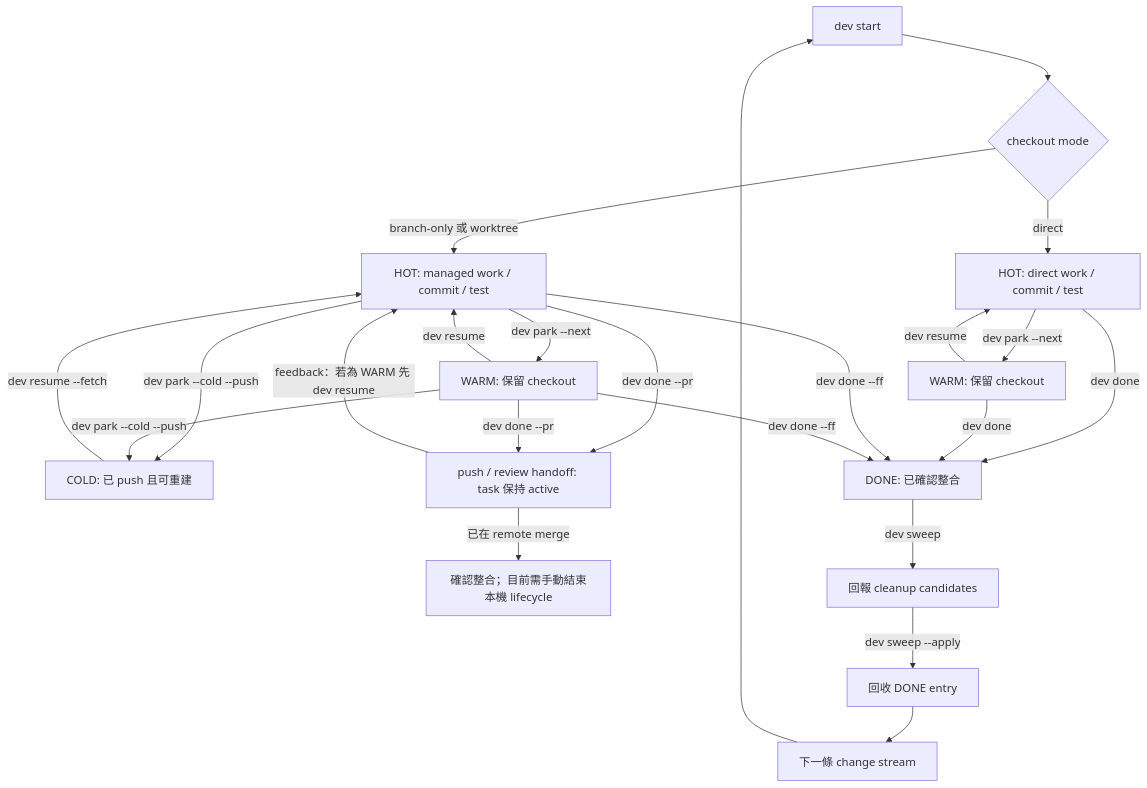
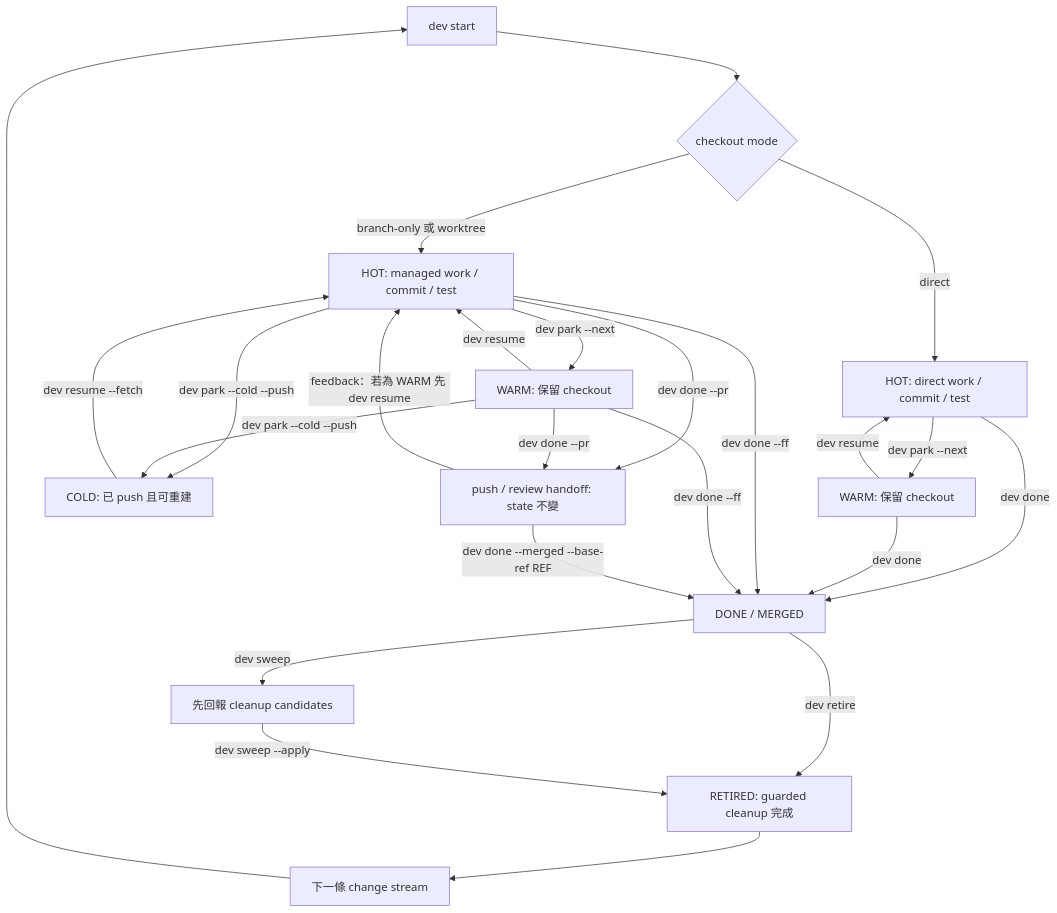
Before and after one commit to daviddwlee84/dev-cli: the diagram in docs/guides/change-stream-workflow.zh-TW.md, drawn with Mermaid. The commit also changed other lines of this file and 120 other files, not shown here.

Commit message:
feat: add guarded repository lifecycle flow

````diff
--- a/docs/guides/change-stream-workflow.zh-TW.md
+++ b/docs/guides/change-stream-workflow.zh-TW.md
@@ -18,32 +18,33 @@
 ```mermaid
 flowchart TD
     accTitle: dev-cli 變更流工作流程
-    accDescr: 變更流以 direct、branch-only 或 worktree mode 開始，並在 active work、park 與 resume 之間循環。Direct completion 或 local fast-forward 會進入 DONE 與 cleanup；review 則 handoff 已 push 的 branch，並保持 active 直到 manual reconciliation。
+    accDescr: 變更流以 direct、branch-only 或 worktree mode 開始，並在 active work、park 與 resume 之間循環。Direct completion、本機 fast-forward 或明確 merge verification 會進入 DONE；review 保持原 state；Retire 另行 cleanup。
 
     Start["dev start"] --> Mode{"checkout mode"}
     Mode -->|direct| Direct["HOT: direct work / commit / test"]
     Mode -->|branch-only 或 worktree| Managed["HOT: managed work / commit / test"]
 
     Direct -->|dev park --next| WarmDirect["WARM: 保留 checkout"]
     WarmDirect -->|dev resume| Direct
     Managed -->|dev park --next| WarmManaged["WARM: 保留 checkout"]
     WarmManaged -->|dev resume| Managed
     Managed -->|dev park --cold --push| Cold["COLD: 已 push 且可重建"]
     WarmManaged -->|dev park --cold --push| Cold
     Cold -->|dev resume --fetch| Managed
 
-    Direct -->|dev done| Done["DONE: 已確認整合"]
+    Direct -->|dev done| Done["DONE / MERGED"]
     WarmDirect -->|dev done| Done
     Managed -->|dev done --ff| Done
     WarmManaged -->|dev done --ff| Done
 
-    Managed -->|dev done --pr| Review["push / review handoff: task 保持 active"]
+    Managed -->|dev done --pr| Review["push / review handoff: state 不變"]
     WarmManaged -->|dev done --pr| Review
     Review -->|feedback：若為 WARM 先 dev resume| Managed
-    Review -->|已在 remote merge| Reconcile["確認整合；目前需手動結束本機 lifecycle"]
+    Review -->|dev done --merged --base-ref REF| Done
 
-    Done -->|dev sweep| Report["回報 cleanup candidates"]
-    Report -->|dev sweep --apply| Reaped["回收 DONE entry"]
-    Reaped --> Next["下一條 change stream"]
+    Done -->|dev retire| Retired["RETIRED: guarded cleanup 完成"]
+    Done -->|dev sweep| Report["先回報 cleanup candidates"]
+    Report -->|dev sweep --apply| Retired
+    Retired --> Next["下一條 change stream"]
     Next --> Start
 ```
````
